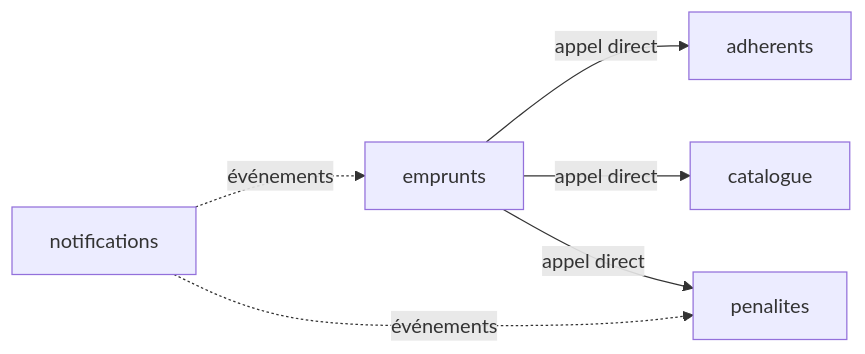
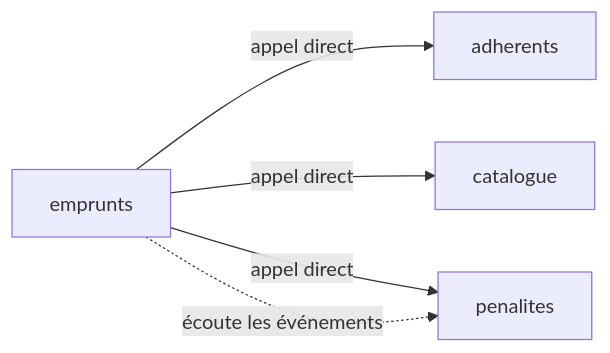
Before and after one commit to abdoulayely-7/SunuBiblio: the diagram in README.md, drawn with Mermaid. The commit also changed other lines of this file, not shown here.

Commit message:
README : le pret comme point de passage unique, evenements, API et contrat OpenAPI, frontieres cassees sur l'architecture finale

````diff
--- a/README.md
+++ b/README.md
@@ -51,8 +48,7 @@
 ```mermaid
 flowchart LR
     emprunts -->|appel direct| adherents
     emprunts -->|appel direct| catalogue
     emprunts -->|appel direct| penalites
-    notifications -.->|événements| emprunts
-    notifications -.->|événements| penalites
+    emprunts -.->|écoute les événements| penalites
 ```
````
